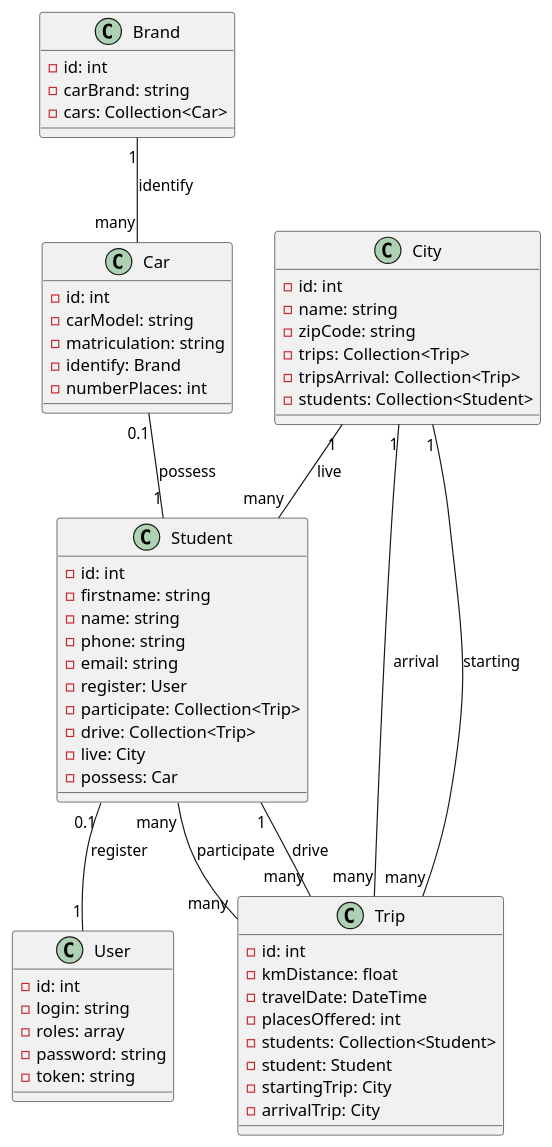
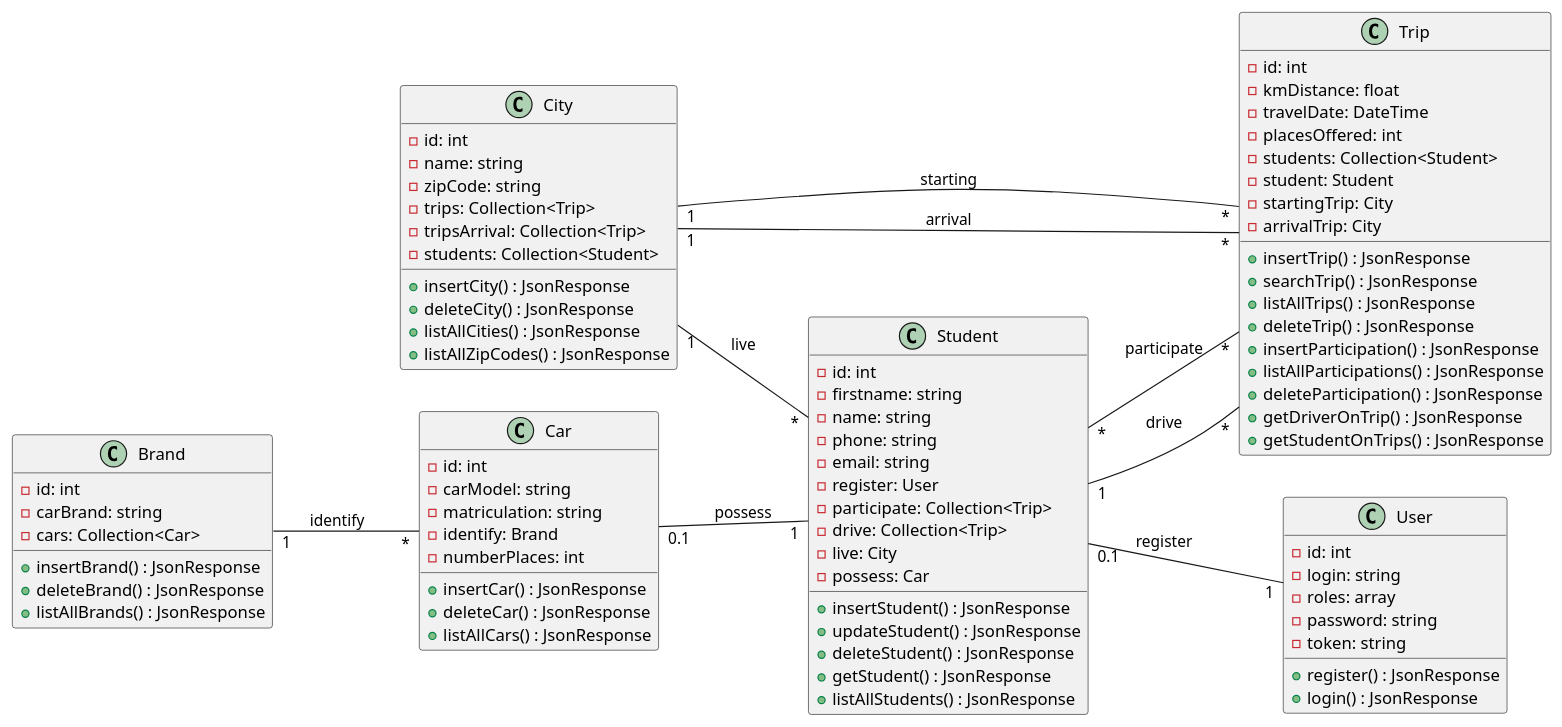
One commit to elemouellic/carpooling changed the diagram in ClassDiagram.puml. Above: the diagram before and after it, drawn with PlantUML.

Commit message:
add class diagram

```diff
--- a/ClassDiagram.puml
+++ b/ClassDiagram.puml
@@ -1,75 +1,105 @@
 @startuml
 
+left to right direction
 
 class Brand {
     -id: int
     -carBrand: string
     -cars: Collection<Car>
+   +insertBrand() : JsonResponse
+   +deleteBrand() : JsonResponse
+   +listAllBrands() : JsonResponse
 }
 
 class Car {
     -id: int
     -carModel: string
     -matriculation: string
     -identify: Brand
     -numberPlaces: int
+    +insertCar() : JsonResponse
+    +deleteCar() : JsonResponse
+    +listAllCars() : JsonResponse
 }
 
 class City {
     -id: int
     -name: string
     -zipCode: string
     -trips: Collection<Trip>
     -tripsArrival: Collection<Trip>
     -students: Collection<Student>
+    +insertCity() : JsonResponse
+    +deleteCity() : JsonResponse
+    +listAllCities() : JsonResponse
+    +listAllZipCodes() : JsonResponse
 }
 
 class Student {
     -id: int
     -firstname: string
     -name: string
     -phone: string
     -email: string
     -register: User
     -participate: Collection<Trip>
     -drive: Collection<Trip>
     -live: City
     -possess: Car
+    +insertStudent() : JsonResponse
+    +updateStudent() : JsonResponse
+    +deleteStudent() : JsonResponse
+    +getStudent() : JsonResponse
+    +listAllStudents() : JsonResponse
 }
 
 class Trip {
     -id: int
     -kmDistance: float
     -travelDate: DateTime
     -placesOffered: int
     -students: Collection<Student>
     -student: Student
     -startingTrip: City
     -arrivalTrip: City
+    +insertTrip() : JsonResponse
+    +searchTrip() : JsonResponse
+    +listAllTrips() : JsonResponse
+    +deleteTrip() : JsonResponse
+    +insertParticipation() : JsonResponse
+    +listAllParticipations() : JsonResponse
+    +deleteParticipation() : JsonResponse
+    +getDriverOnTrip() : JsonResponse
+    +getStudentOnTrips() : JsonResponse
 }
 
 class User {
     -id: int
     -login: string
     -roles: array
     -password: string
     -token: string
+    +register() : JsonResponse
+    +login() : JsonResponse
 }
+
+
+
 Student "0.1" -- "1" User : register
 
-Student "many" -- "many" Trip : participate
-Student "1" -- "many" Trip : drive
+Student "*" -- "*" Trip : participate
+Student "1" -- "*" Trip : drive
 Car "0.1" -- "1" Student : possess
-City "1" -- "many" Student : live
+City "1" -- "*" Student : live
 
-Brand "1" -- "many" Car : identify
+Brand "1" -- "*" Car : identify
 
-City "1" -- "many" Trip : starting
-City "1" -- "many" Trip : arrival
+City "1" -- "*" Trip : starting
+City "1" -- "*" Trip : arrival
 
 
 
 
 
 
 @enduml
```
